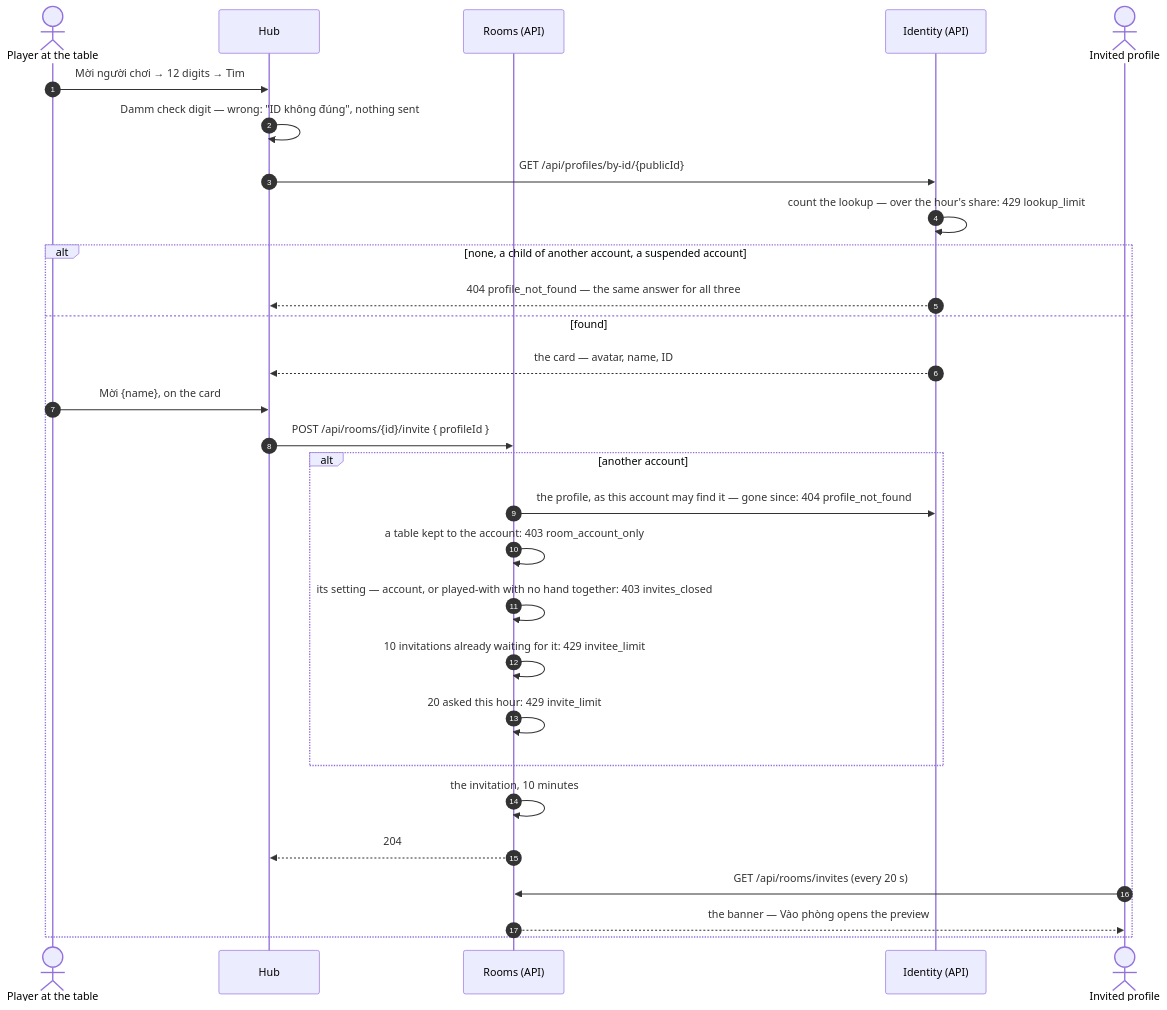
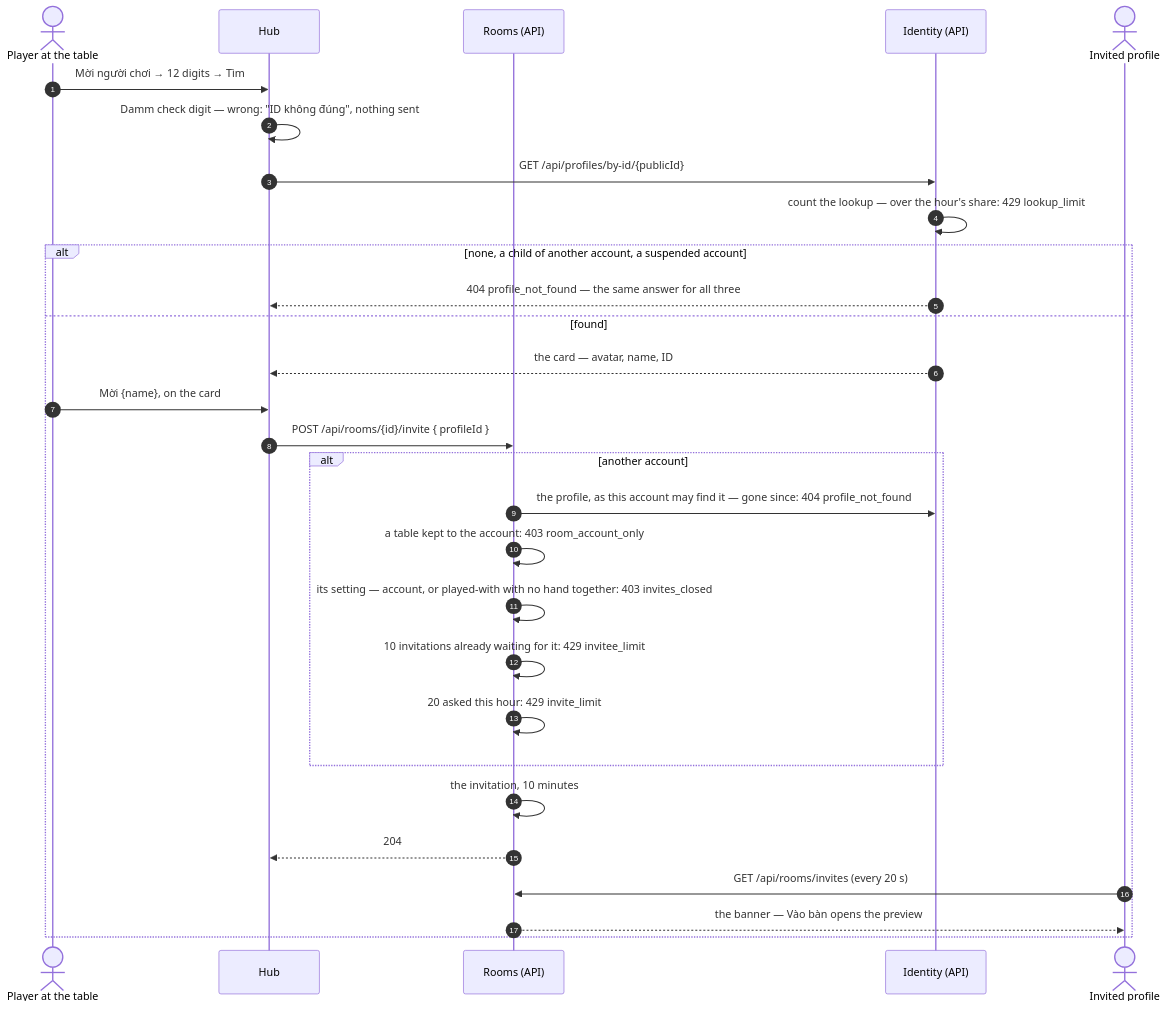
The third of 3 diagrams in docs/architecture/rooms.md (vinh466/tohe-play), drawn with Mermaid before and after one commit. The commit also changed other lines of this file and 7 other files, not shown here.

````diff
--- a/docs/architecture/rooms.md
+++ b/docs/architecture/rooms.md
@@ -218,31 +218,31 @@
 ```mermaid
 sequenceDiagram
   autonumber
   actor A as Player at the table
   participant H as Hub
   participant R as Rooms (API)
   participant I as Identity (API)
   actor B as Invited profile
   A->>H: Mời người chơi → 12 digits → Tìm
   H->>H: Damm check digit — wrong: "ID không đúng", nothing sent
   H->>I: GET /api/profiles/by-id/{publicId}
   I->>I: count the lookup — over the hour's share: 429 lookup_limit
   alt none, a child of another account, a suspended account
     I-->>H: 404 profile_not_found — the same answer for all three
   else found
     I-->>H: the card — avatar, name, ID
     A->>H: Mời {name}, on the card
     H->>R: POST /api/rooms/{id}/invite { profileId }
     alt another account
       R->>I: the profile, as this account may find it — gone since: 404 profile_not_found
       R->>R: a table kept to the account: 403 room_account_only
       R->>R: its setting — account, or played-with with no hand together: 403 invites_closed
       R->>R: 10 invitations already waiting for it: 429 invitee_limit
       R->>R: 20 asked this hour: 429 invite_limit
     end
     R->>R: the invitation, 10 minutes
     R-->>H: 204
     B->>R: GET /api/rooms/invites (every 20 s)
-    R-->>B: the banner — Vào phòng opens the preview
+    R-->>B: the banner — Vào bàn opens the preview
   end
 ```
````
